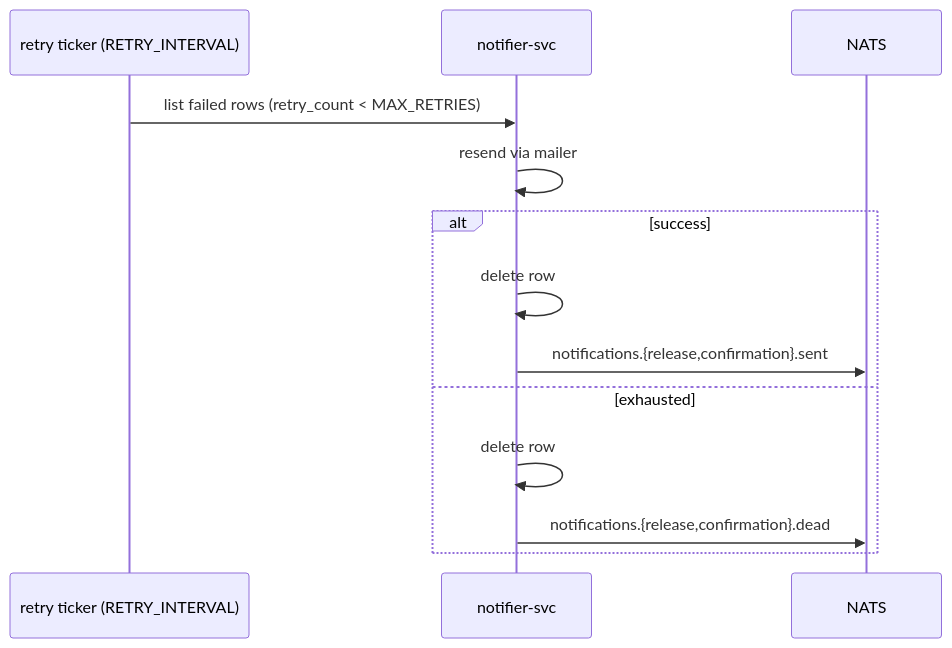
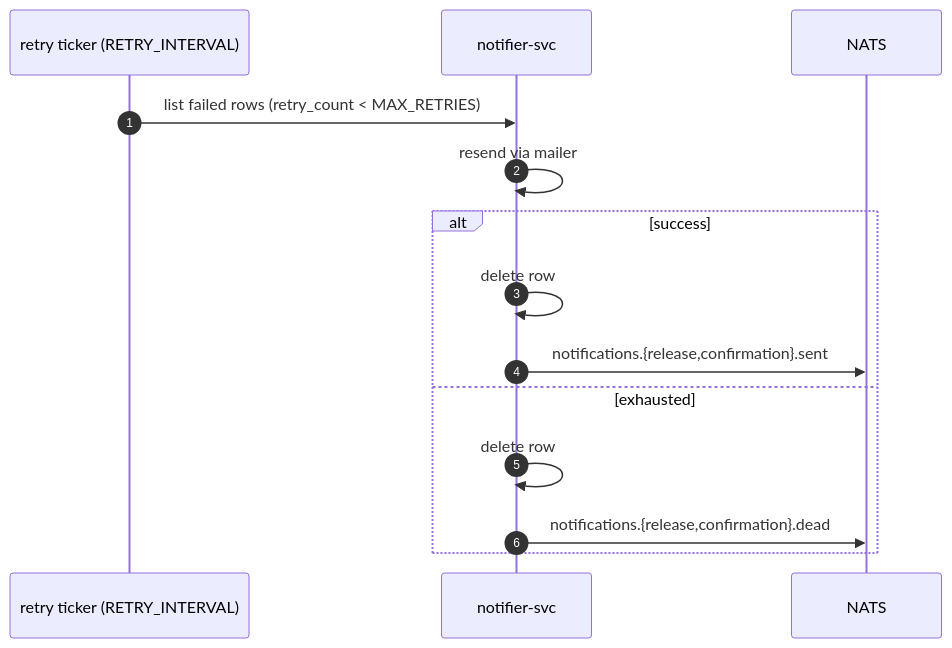
Diagram 11 of 13 in docs/SDD.md (GenesisEducationKyiv/software-engineering-school-6-0-mzabrodin), drawn with Mermaid before and after one commit. The commit also changed other lines of this file, not shown here.

Commit message:
docs(sdd): document system architecture and saga-orchestrator

````diff
--- a/docs/SDD.md
+++ b/docs/SDD.md
@@ -222,15 +312,16 @@
 ```mermaid
 sequenceDiagram
+    autonumber
     participant Ticker as retry ticker (RETRY_INTERVAL)
     participant Notif as notifier-svc
     participant NATS
     Ticker ->> Notif: list failed rows (retry_count < MAX_RETRIES)
     Notif ->> Notif: resend via mailer
     alt success
         Notif ->> Notif: delete row
         Notif ->> NATS: notifications.{release,confirmation}.sent
     else exhausted
         Notif ->> Notif: delete row
         Notif ->> NATS: notifications.{release,confirmation}.dead
     end
 ```
````
